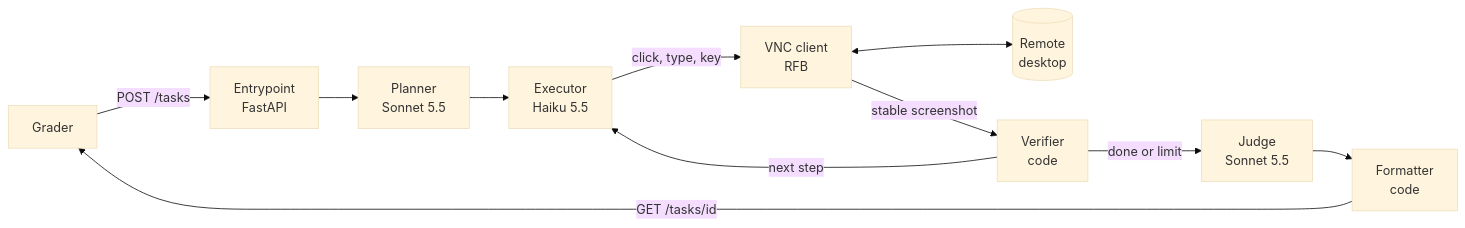
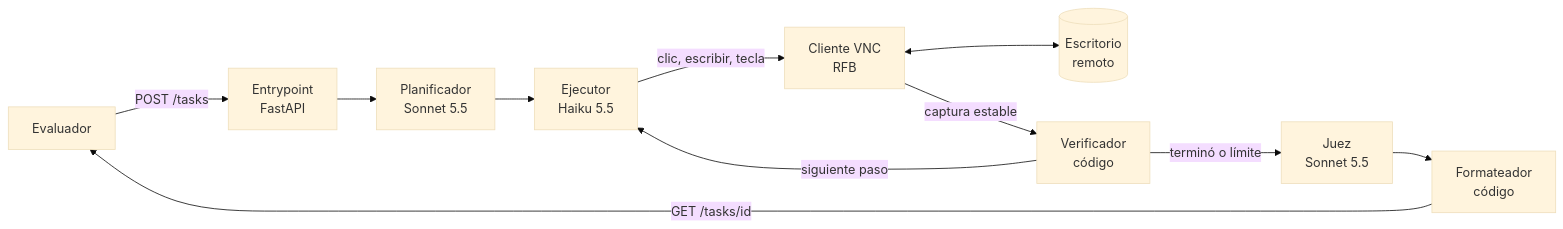
Before and after one commit to Jdtorres59/agente-sin-api: the diagram in docs/DISENO.md, drawn with Mermaid (base theme). The commit also changed other lines of this file and 3 other files, not shown here.

Commit message:
Traducir doc de diseño y diagrama al español

````diff
--- a/docs/DISENO.md
+++ b/docs/DISENO.md
@@ -41,13 +43,13 @@
 ```mermaid
 flowchart LR
-  G[Grader] -->|POST /tasks| A[Entrypoint<br/>FastAPI]
-  A --> P[Planner<br/>Sonnet 5.5]
-  P --> E[Executor<br/>Haiku 5.5]
-  E -->|click, type, key| V[VNC client<br/>RFB]
-  V <--> D[(Remote<br/>desktop)]
-  V -->|stable screenshot| C[Verifier<br/>code]
-  C -->|next step| E
-  C -->|done or limit| J[Judge<br/>Sonnet 5.5]
-  J --> F[Formatter<br/>code]
+  G[Evaluador] -->|POST /tasks| A[Entrypoint<br/>FastAPI]
+  A --> P[Planificador<br/>Sonnet 5.5]
+  P --> E[Ejecutor<br/>Haiku 5.5]
+  E -->|clic, escribir, tecla| V[Cliente VNC<br/>RFB]
+  V <--> D[(Escritorio<br/>remoto)]
+  V -->|captura estable| C[Verificador<br/>código]
+  C -->|siguiente paso| E
+  C -->|terminó o límite| J[Juez<br/>Sonnet 5.5]
+  J --> F[Formateador<br/>código]
   F -->|GET /tasks/id| G
 ```
````
